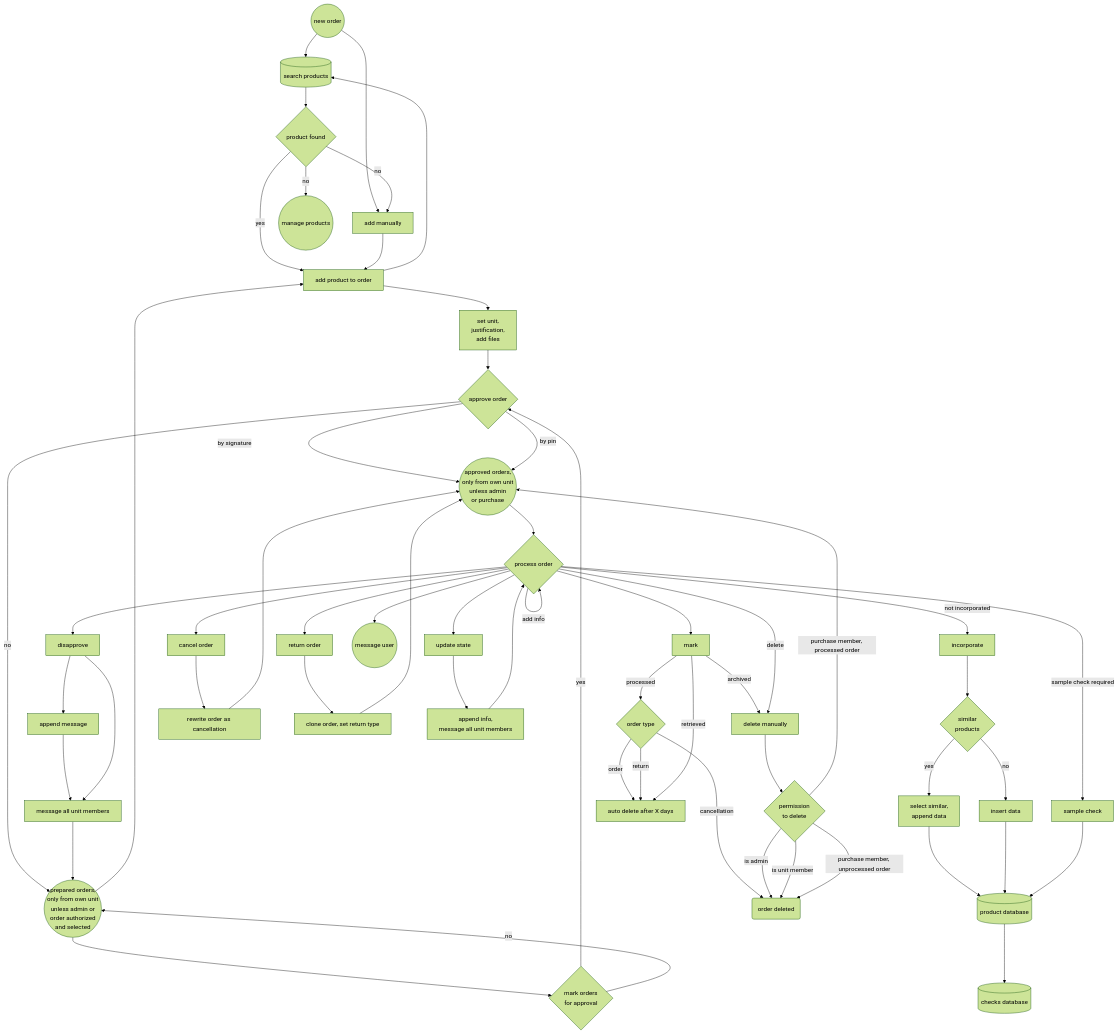
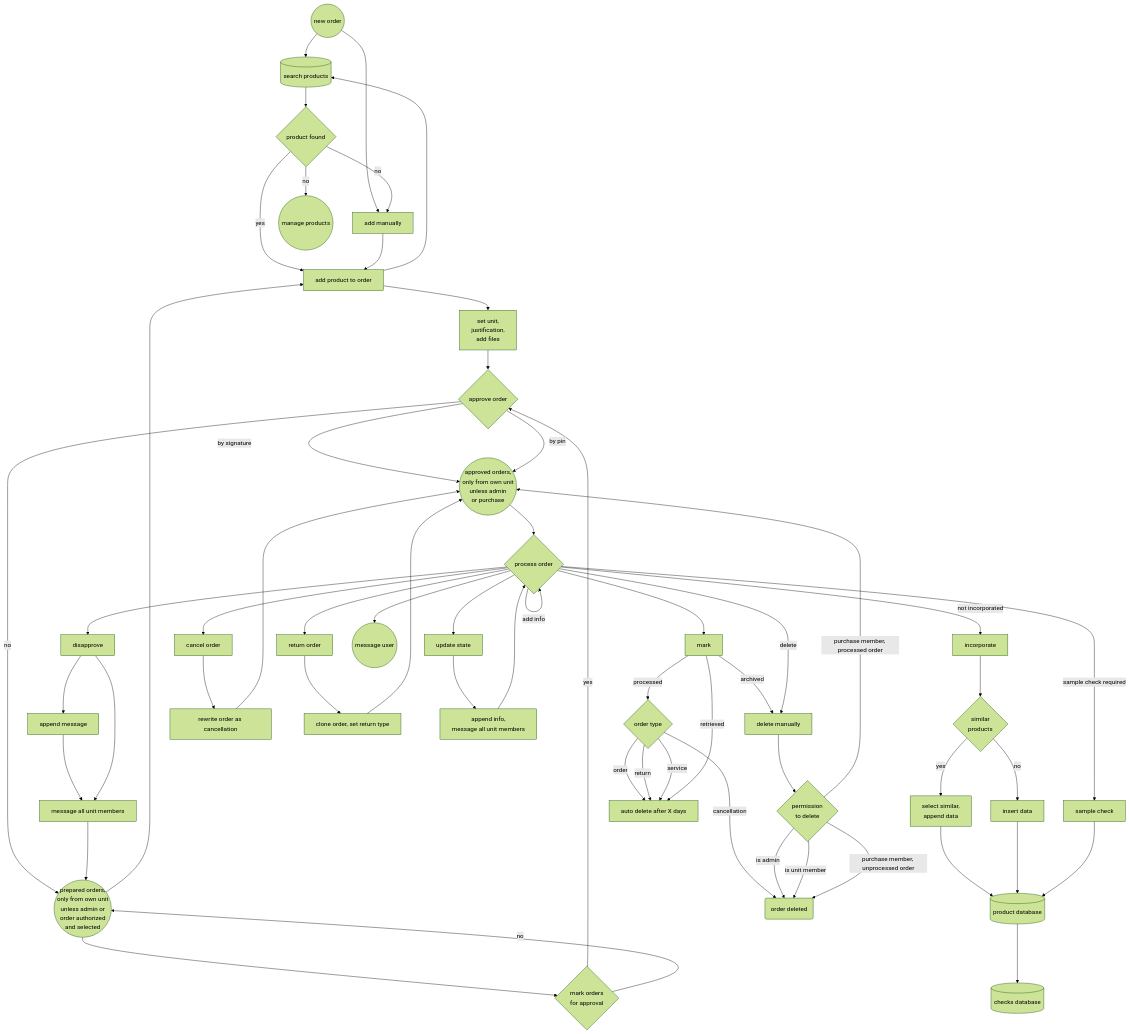
The seventh of 7 diagrams in readme.md (erroronline1/caro), drawn with Mermaid (forest theme) before and after one commit.

Commit message:
added service order type to flowchart

````diff
--- a/readme.md
+++ b/readme.md
@@ -754,79 +754,80 @@
 ```mermaid
 graph TD;
     new_order((new order))-->search_products[(search products)];
     search_products-->product_found{product found};
     product_found-->|yes|add_product[add product to order];
     new_order-->add_manually[add manually];
     product_found-->|no|add_manually;
     product_found-->|no|manage_products((manage products));
     add_manually-->add_product;
     add_product-->search_products;
     add_product-->add_info["set unit,
     justification,
     add files"];
     add_info-->approve_order{approve order};
     approve_order-->|by signature|approved_orders(("approved orders,
     only from own unit
     unless admin
     or purchase"));
     approve_order-->|by pin|approved_orders;
     approve_order-->|no|prepared_orders(("prepared orders,
     only from own unit
     unless admin or
     order authorized
     and selected"));
 
     approved_orders-->process_order{process order};
     process_order-->disapprove[disapprove];
     disapprove-->append_message[append message];
     append_message-->message_unit[message all unit members];
     disapprove-->message_unit;
     message_unit-->prepared_orders;
 
     process_order-->|not incorporated|incorporate;
     incorporate-->incorporate_similar{"similar
     products"};
     incorporate_similar-->|yes|select_similar["select similar,
     append data"];
     select_similar-->productdb[(product database)]
     incorporate_similar-->|no|insert_data[insert data];
     insert_data-->productdb[(product database)];
     productdb[(product database)]-->checksdb[(checks database)];
 
     process_order-->|sample check required|sample_check[sample check];
     sample_check-->productdb[(product database)];
 
     process_order-->mark[mark];
     mark-->|processed|order_type{order type};
     order_type-->|order|auto_delete[auto delete after X days];
     order_type-->|return|auto_delete;
+    order_type-->|service|auto_delete;
     order_type-->|cancellation|order_deleted(order deleted)
     mark-->|retrieved|auto_delete;
     mark-->|archived|delete[delete manually];
     process_order-->|delete|delete;
     process_order-->cancel_order[cancel order];
     cancel_order-->rewrite_cancel[rewrite order as cancellation];
     rewrite_cancel-->approved_orders;
     process_order-->return_order[return order];
     return_order-->clone_order[clone order, set return type];
     clone_order-->approved_orders
     delete-->delete_permission{"permission
     to delete"};
     delete_permission-->|is admin|order_deleted;
     delete_permission-->|is unit member|order_deleted;
     delete_permission-->|purchase member, unprocessed order|order_deleted;
     delete_permission-->|purchase member, processed order|approved_orders;
     process_order-->update_state[update state];
     update_state-->append_inform["append info,
     message all unit members"];
     append_inform-->process_order
     
     process_order-->|add info|process_order;
     process_order-->message((message user))
 
     prepared_orders-->mark_bulk{"mark orders
     for approval"};
     mark_bulk-->|yes|approve_order;
     mark_bulk-->|no|prepared_orders;
     prepared_orders-->add_product;
 ```
````
